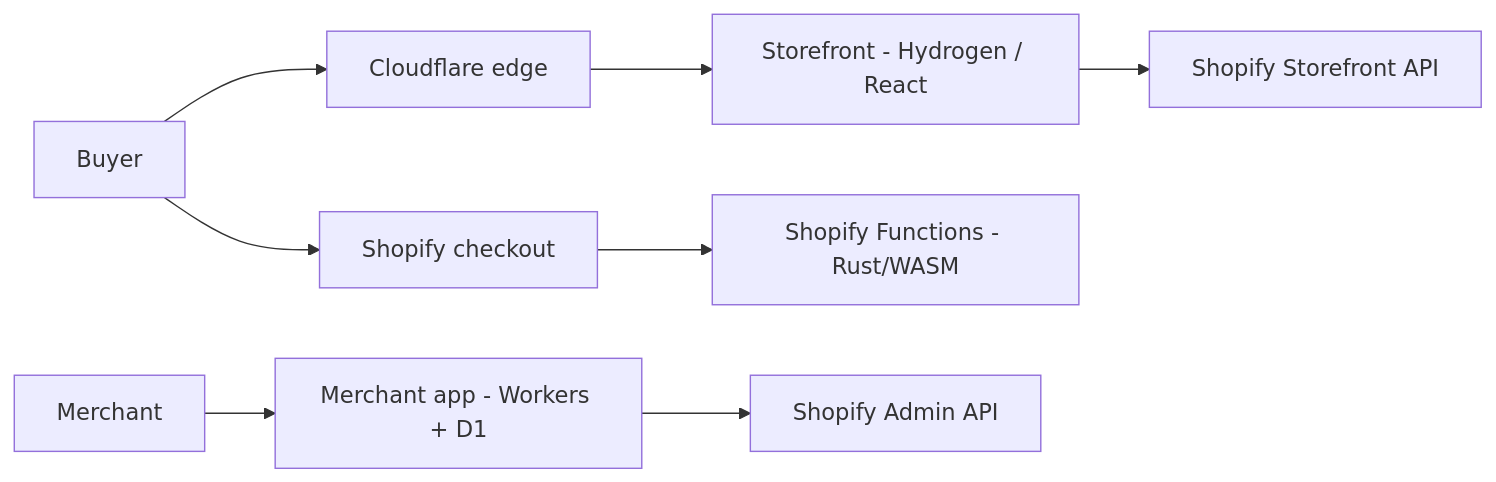
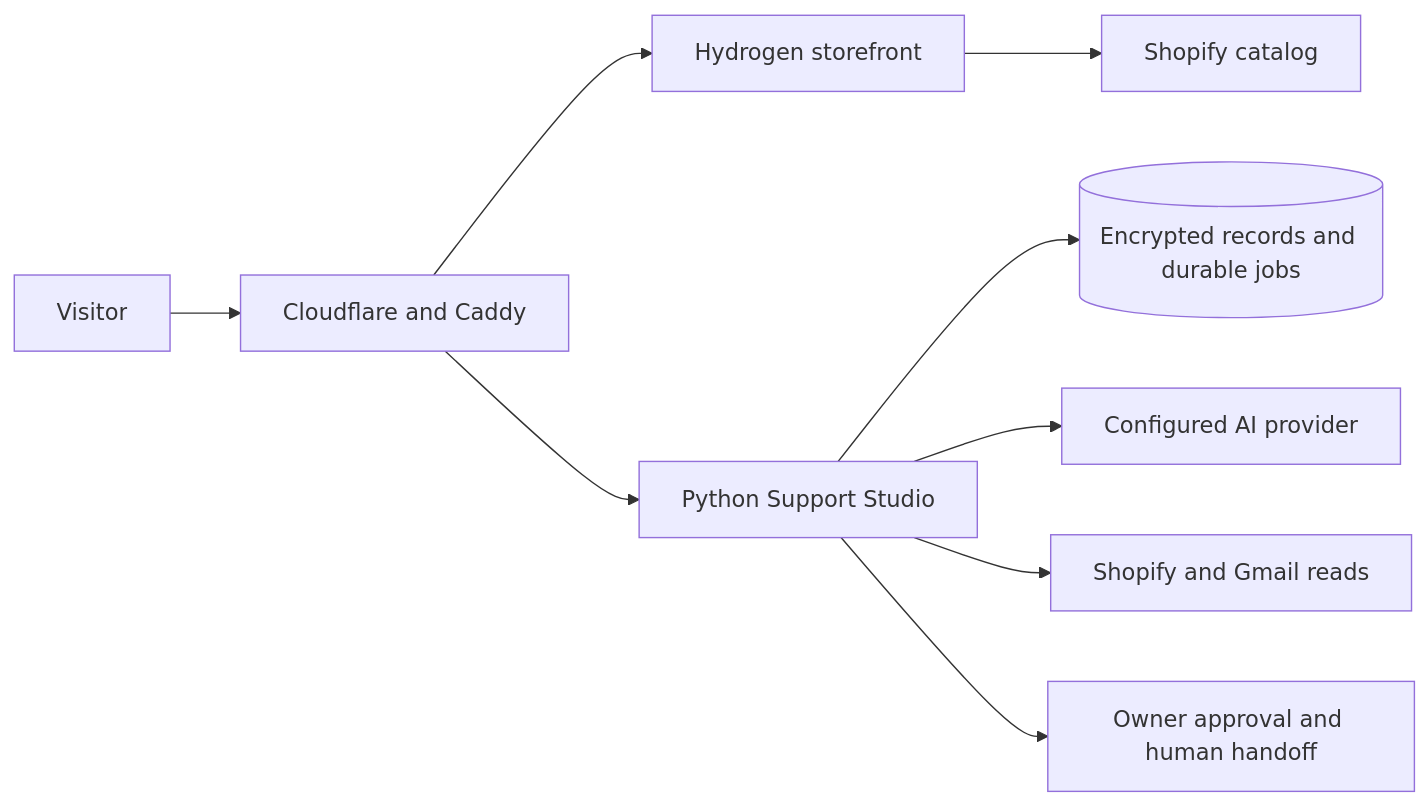
The diagram in README.md (Zahidulislam2222/regenai), drawn with Mermaid before and after one commit. The commit also changed other lines of this file and 47 other files, not shown here.

Commit message:
Publish storefront and support assistant with operational documentation

````diff
--- a/README.md
+++ b/README.md
@@ -26,10 +21,11 @@
 ```mermaid
 flowchart LR
-  Buyer[Buyer] --> CF[Cloudflare edge]
-  CF --> SF[Storefront - Hydrogen / React]
-  SF --> SAPI[Shopify Storefront API]
-  Buyer --> CO[Shopify checkout]
-  CO --> FN[Shopify Functions - Rust/WASM]
-  Merchant[Merchant] --> APP[Merchant app - Workers + D1]
-  APP --> ADMIN[Shopify Admin API]
+  Visitor[Visitor] --> Edge[Cloudflare and Caddy]
+  Edge --> Storefront[Hydrogen storefront]
+  Edge --> Assistant[Python Support Studio]
+  Storefront --> Catalog[Shopify catalog]
+  Assistant --> Records[(Encrypted records and durable jobs)]
+  Assistant --> Model[Configured AI provider]
+  Assistant --> Connections[Shopify and Gmail reads]
+  Assistant --> Owner[Owner approval and human handoff]
 ```
````
